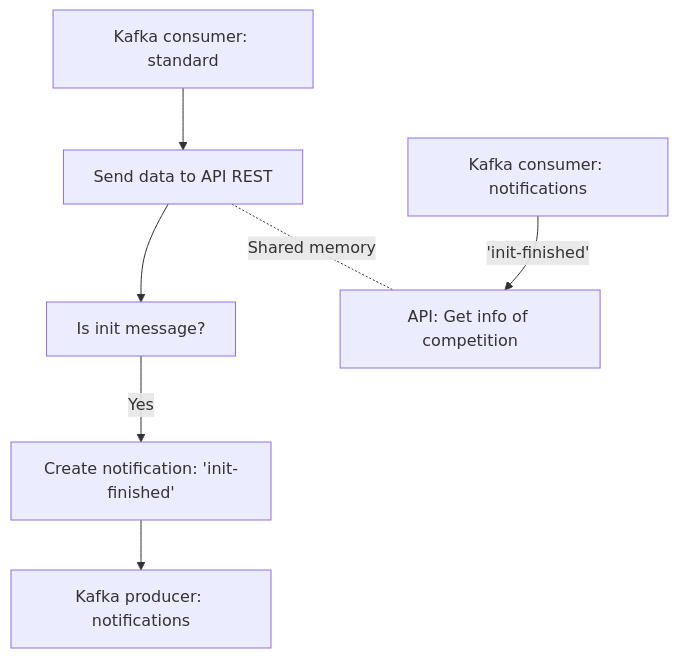
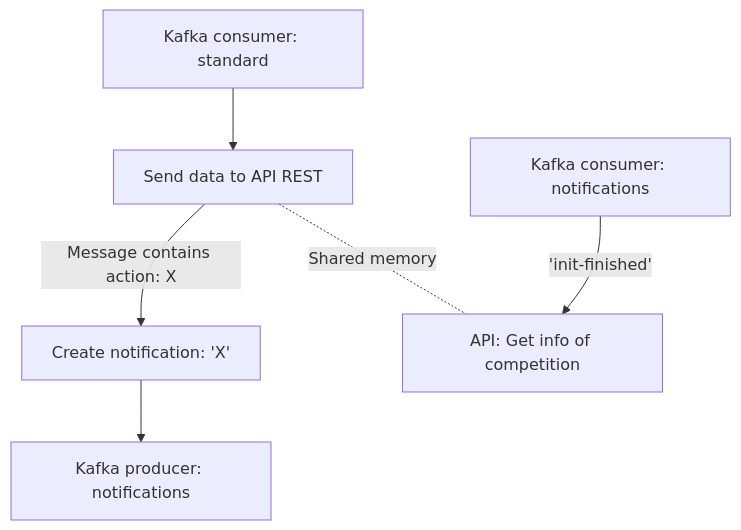
One commit to DimasDMM/live-timing-strategy changed the third of 3 diagrams in lts-pipeline/README.md. Above: the diagram before and after it, drawn with Mermaid. The commit also changed other lines of this file and 18 other files, not shown here.

````diff
--- a/lts-pipeline/README.md
+++ b/lts-pipeline/README.md
@@ -166,13 +168,12 @@
 ```mermaid
 graph TD;
   A[Kafka consumer: standard]
   A --> B[Send data to API REST]
-  B --> C[Is init message?]
-  C -- Yes --> D[Create notification: 'init-finished']
+  B -- Message contains action: X --> D[Create notification: 'X']
   D --> E[Kafka producer: notifications]
 
   F[Kafka consumer: notifications]
   F -- 'init-finished' --> H[API: Get info of competition]
 
   B -. Shared memory .- H
 ```
````
